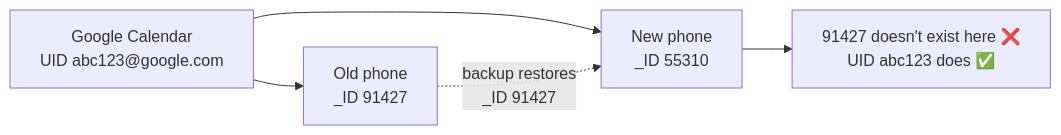
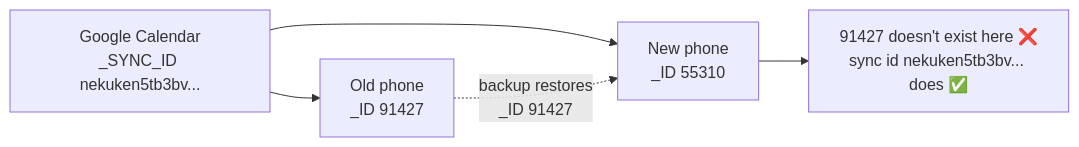
The second of 3 diagrams in docs/dev_todo/portable_event_identity.md (williscool/CalendarNotification), drawn with Mermaid before and after one commit. The commit also changed other lines of this file and 11 other files, not shown here.

````diff
--- a/docs/dev_todo/portable_event_identity.md
+++ b/docs/dev_todo/portable_event_identity.md
@@ -195,7 +194,7 @@
 ```mermaid
 flowchart LR
-    G["Google Calendar<br/>UID abc123@google.com"] --> P1["Old phone<br/>_ID 91427"]
+    G["Google Calendar<br/>_SYNC_ID nekuken5tb3bv..."] --> P1["Old phone<br/>_ID 91427"]
     G --> P2["New phone<br/>_ID 55310"]
     P1 -.->|"backup restores<br/>_ID 91427"| P2
-    P2 --> X["91427 doesn't exist here ❌<br/>UID abc123 does ✅"]
+    P2 --> X["91427 doesn't exist here ❌<br/>sync id nekuken5tb3bv... does ✅"]
 ```
````
